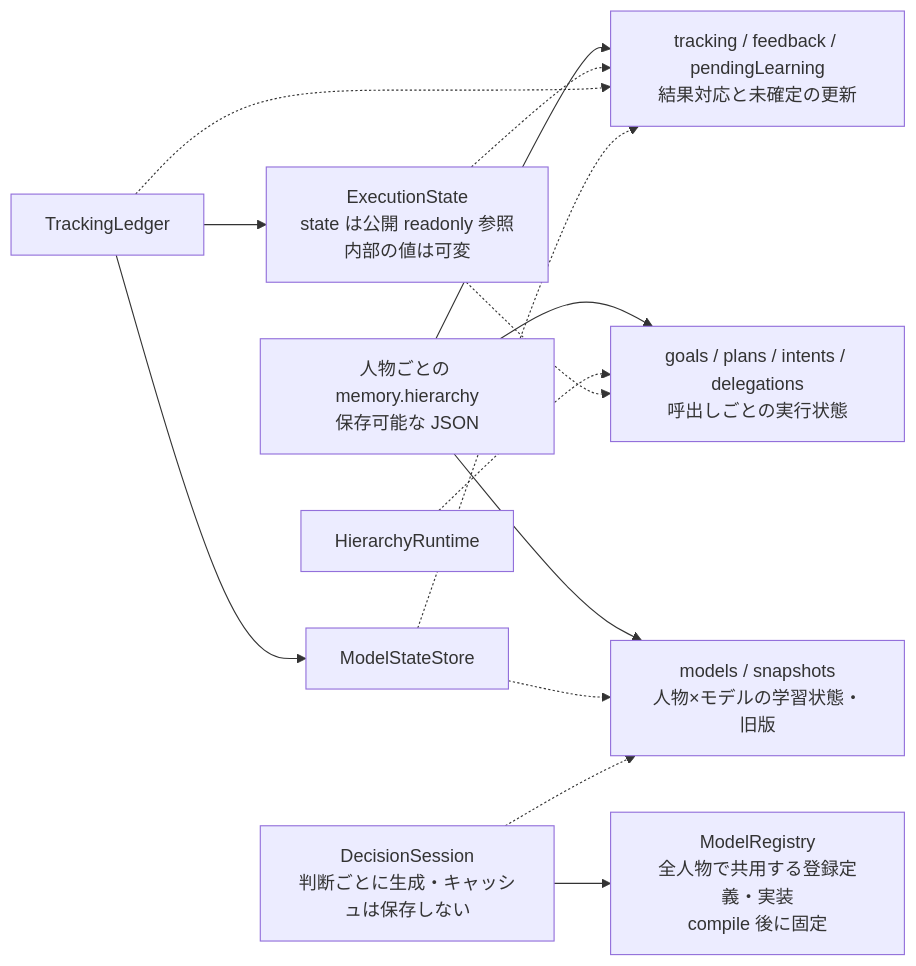
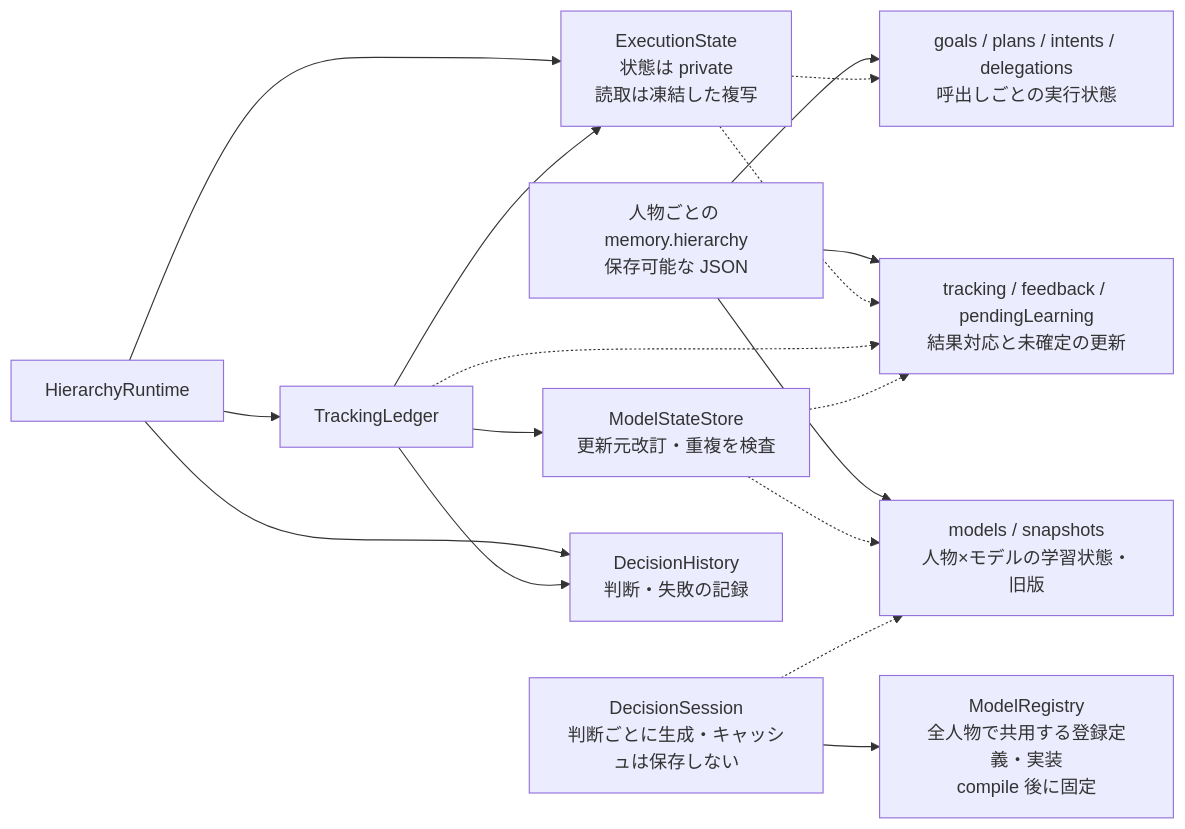
The second of 4 diagrams in docs/foundations/HMOSAIC_OBJECT_DESIGN.md (demerzel09/Medieval-Simulator), drawn with Mermaid before and after one commit. The commit also changed other lines of this file and 16 other files, not shown here.

````diff
--- a/docs/foundations/HMOSAIC_OBJECT_DESIGN.md
+++ b/docs/foundations/HMOSAIC_OBJECT_DESIGN.md
@@ -64,17 +64,20 @@
 ```mermaid
 flowchart LR
   D["ModelRegistry<br/>全人物で共用する登録定義・実装<br/>compile 後に固定"]
   H["人物ごとの memory.hierarchy<br/>保存可能な JSON"] --> M["models / snapshots<br/>人物×モデルの学習状態・旧版"]
   H --> G["goals / plans / intents / delegations<br/>呼出しごとの実行状態"]
   H --> L["tracking / feedback / pendingLearning<br/>結果対応と未確定の更新"]
-  R["HierarchyRuntime"] -.-> G
-  X["ExecutionState<br/>state は公開 readonly 参照<br/>内部の値は可変"] -.-> G
+  R["HierarchyRuntime"] --> X["ExecutionState<br/>状態は private<br/>読取は凍結した複写"]
+  X -.-> G
   X -.-> L
-  T["TrackingLedger"] -.-> L
+  R --> T["TrackingLedger"]
+  T -.-> L
   T --> X
-  T --> S["ModelStateStore"]
+  T --> S["ModelStateStore<br/>更新元改訂・重複を検査"]
   S -.-> M
   S -.-> L
   Q["DecisionSession<br/>判断ごとに生成・キャッシュは保存しない"] -.-> M
   Q --> D
+  R --> J["DecisionHistory<br/>判断・失敗の記録"]
+  T --> J
 ```
````
